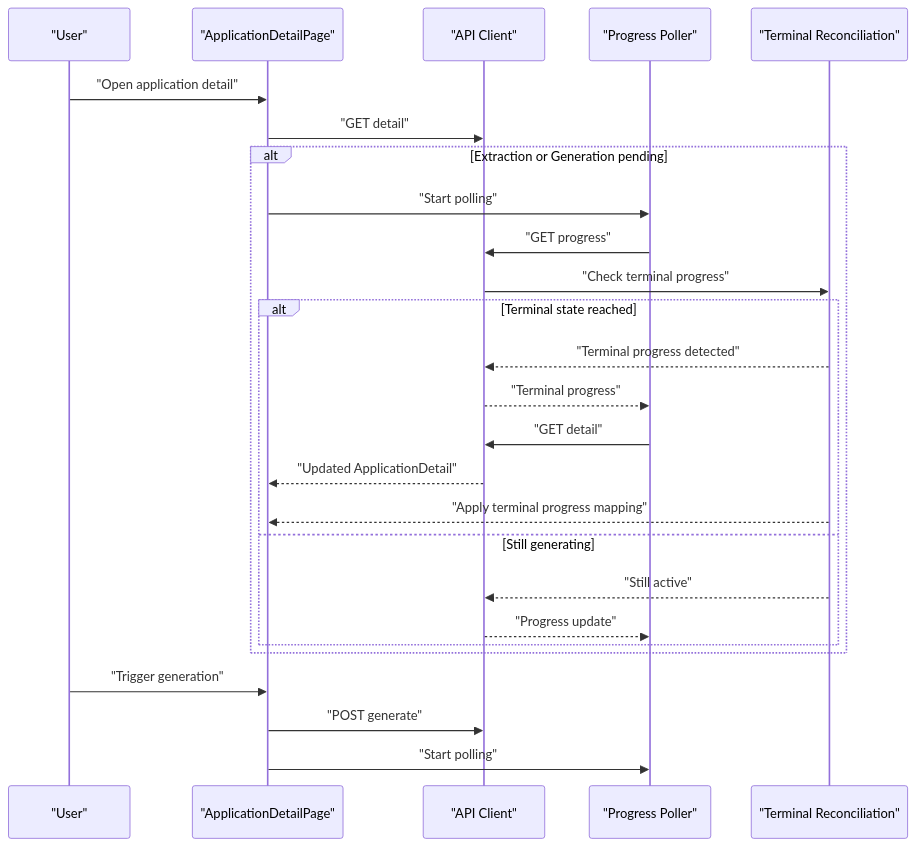
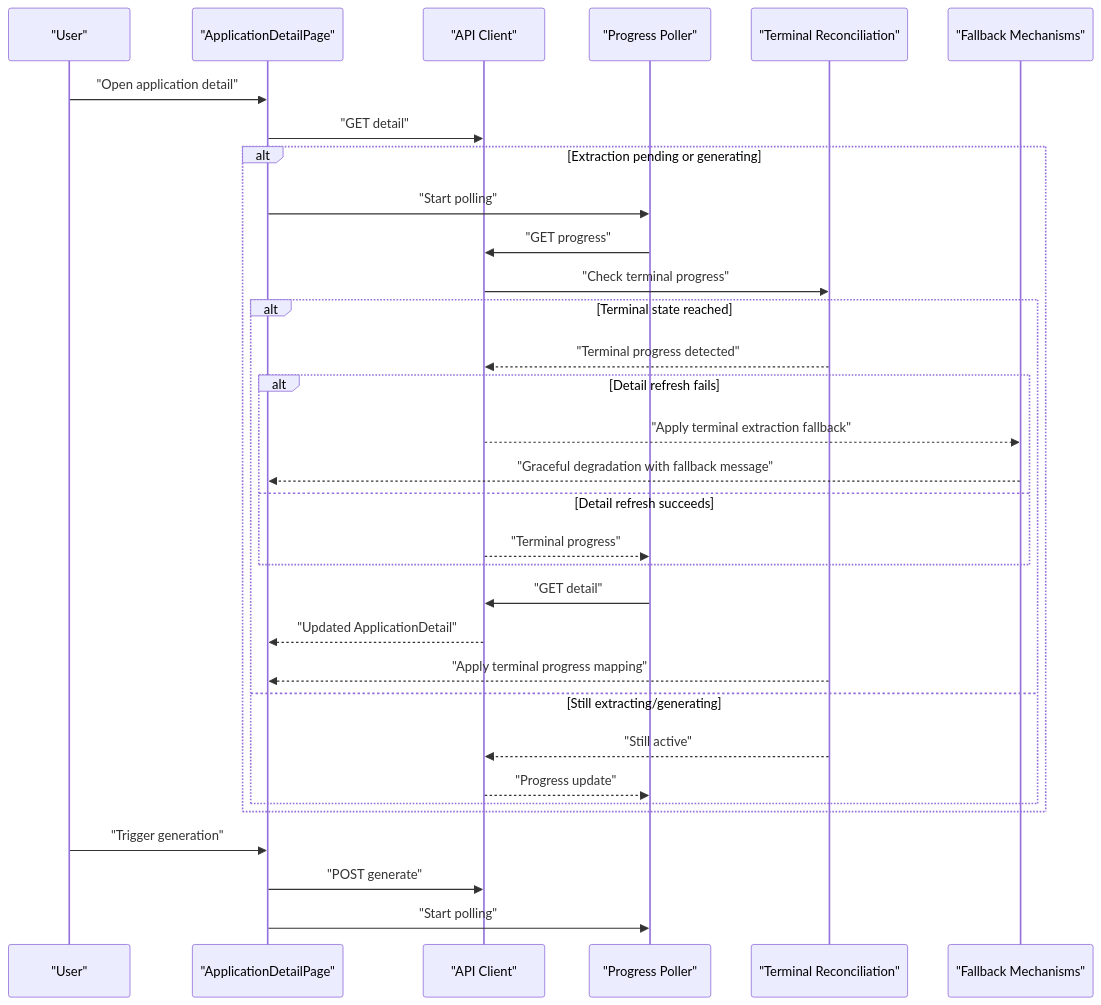
One commit to sankaL/job-app changed the fourth of 7 diagrams in .qoder/repowiki/en/content/Frontend Application/Application Pages.md. Above: the diagram before and after it, drawn with Mermaid. The commit also changed other lines of this file and 9 other files, not shown here.

First line of the commit message:
docs(build-plan): add extraction callback resilience and terminal progress reconciliation

````diff
--- a/.qoder/repowiki/en/content/Frontend Application/Application Pages.md
+++ b/.qoder/repowiki/en/content/Frontend Application/Application Pages.md
@@ -259,28 +276,34 @@
 ```mermaid
 sequenceDiagram
 participant User as "User"
 participant Detail as "ApplicationDetailPage"
 participant API as "API Client"
 participant Poll as "Progress Poller"
 participant TermRec as "Terminal Reconciliation"
+participant Fallback as "Fallback Mechanisms"
 User->>Detail : "Open application detail"
 Detail->>API : "GET detail"
-alt Extraction or Generation pending
+alt Extraction pending or generating
 Detail->>Poll : "Start polling"
 Poll->>API : "GET progress"
 API->>TermRec : "Check terminal progress"
 alt Terminal state reached
 TermRec-->>API : "Terminal progress detected"
+alt Detail refresh fails
+API-->>Fallback : "Apply terminal extraction fallback"
+Fallback-->>Detail : "Graceful degradation with fallback message"
+else Detail refresh succeeds
 API-->>Poll : "Terminal progress"
+end
 Poll->>API : "GET detail"
 API-->>Detail : "Updated ApplicationDetail"
 TermRec-->>Detail : "Apply terminal progress mapping"
-else Still generating
+else Still extracting/generating
 TermRec-->>API : "Still active"
 API-->>Poll : "Progress update"
 end
 end
 User->>Detail : "Trigger generation"
 Detail->>API : "POST generate"
 Detail->>Poll : "Start polling"
 ```
````
